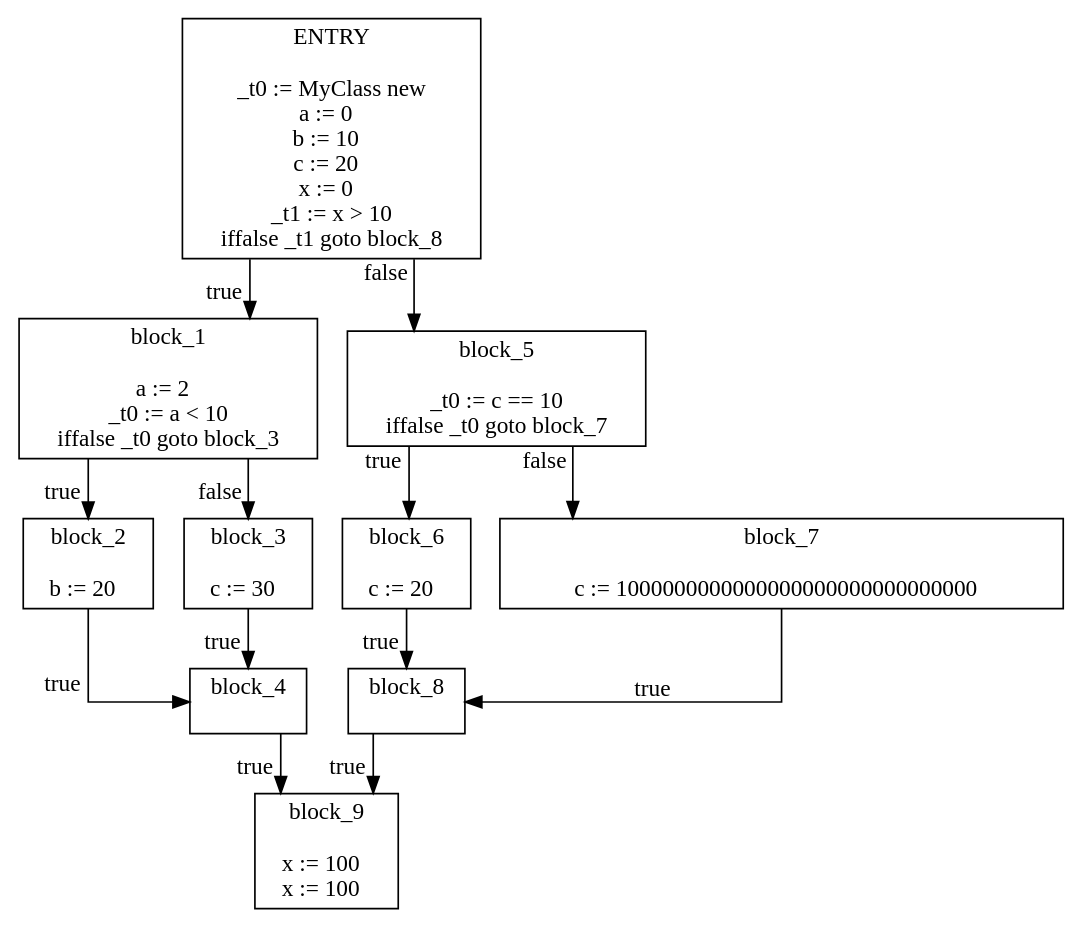
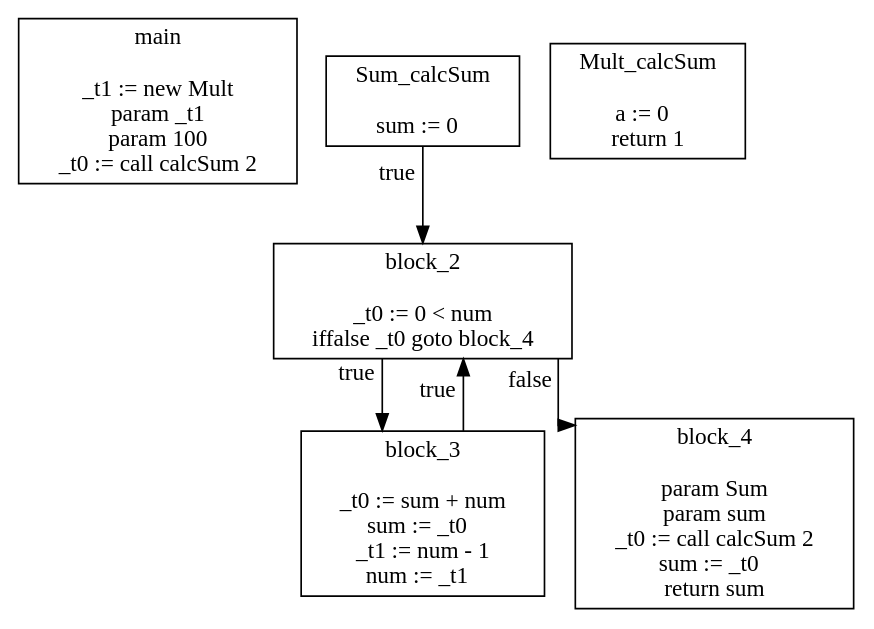
One commit to RealNexa/DV1655-compiler changed the diagram in getting_started/CFG.dot. Above: the diagram before and after it, drawn with Graphviz. The commit also changed 11 other files, not shown here.

```diff
--- a/getting_started/CFG.dot
+++ b/getting_started/CFG.dot
@@ -1,44 +1,32 @@
 digraph {
 graph [splines=ortho]
 node [shape=box]
-ENTRY [label="ENTRY\n\n_t0 := MyClass new 
-a := 0  
-b := 10  
-c := 20  
-x := 0  
-_t1 := x > 10
-iffalse _t1 goto block_8
+main [label="main\n\n_t1 := new Mult
+param _t1
+param 100
+_t0 := call calcSum 2
 "];
-ENTRY->block_1 [xlabel="true"];
-block_1 [label="block_1\n\na := 2  
-_t0 := a < 10
-iffalse _t0 goto block_3
+Sum_calcSum [label="Sum_calcSum\n\nsum := 0  
 "];
-block_1->block_2 [xlabel="true"];
-block_2 [label="block_2\n\nb := 20  
+Sum_calcSum->block_2 [xlabel="true"];
+block_2 [label="block_2\n\n_t0 := 0 < num
+iffalse _t0 goto block_4
 "];
-block_2->block_4 [xlabel="true"];
-block_4 [label="block_4\n\n"];
-block_4->block_9 [xlabel="true"];
-block_9 [label="block_9\n\nx := 100  
-x := 100  
+block_2->block_3 [xlabel="true"];
+block_3 [label="block_3\n\n_t0 := sum + num
+sum := _t0  
+_t1 := num - 1
+num := _t1  
 "];
-block_1->block_3 [xlabel="false"];
-block_3 [label="block_3\n\nc := 30  
+block_3->block_2 [xlabel="true"];
+block_2->block_4 [xlabel="false"];
+block_4 [label="block_4\n\nparam Sum
+param sum
+_t0 := call calcSum 2
+sum := _t0  
+return sum
 "];
-block_3->block_4 [xlabel="true"];
-ENTRY->block_5 [xlabel="false"];
-block_5 [label="block_5\n\n_t0 := c == 10
-iffalse _t0 goto block_7
+Mult_calcSum [label="Mult_calcSum\n\na := 0  
+return 1
 "];
-block_5->block_6 [xlabel="true"];
-block_6 [label="block_6\n\nc := 20  
-"];
-block_6->block_8 [xlabel="true"];
-block_8 [label="block_8\n\n"];
-block_8->block_9 [xlabel="true"];
-block_5->block_7 [xlabel="false"];
-block_7 [label="block_7\n\nc := 1000000000000000000000000000000  
-"];
-block_7->block_8 [xlabel="true"];
 }
```
